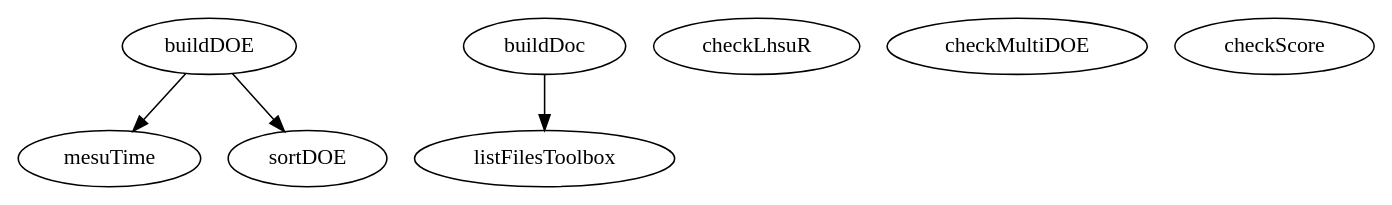
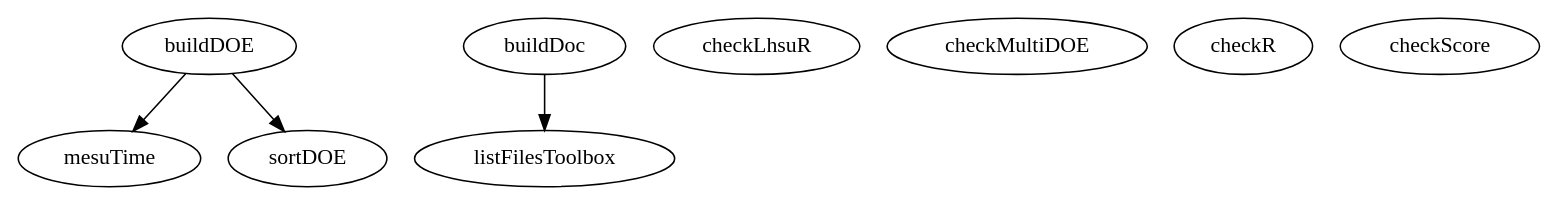
One commit to luclaurent/MultiDOE changed the diagram in doc/MultiDOE/src/various/graph.dot. Above: the diagram before and after it, drawn with Graphviz. The commit also changed 98 other files, not shown here.

```diff
--- a/doc/MultiDOE/src/various/graph.dot
+++ b/doc/MultiDOE/src/various/graph.dot
@@ -1,15 +1,16 @@
 /* Created by mdot for Matlab */
 digraph m2html {
   buildDOE -> mesuTime;
   buildDOE -> sortDOE;
   buildDoc -> listFilesToolbox;
 
   buildDOE [URL="buildDOE.html"];
   buildDoc [URL="buildDoc.html"];
   checkLhsuR [URL="checkLhsuR.html"];
   checkMultiDOE [URL="checkMultiDOE.html"];
+  checkR [URL="checkR.html"];
   checkScore [URL="checkScore.html"];
   listFilesToolbox [URL="listFilesToolbox.html"];
   mesuTime [URL="mesuTime.html"];
   sortDOE [URL="sortDOE.html"];
 }
```
